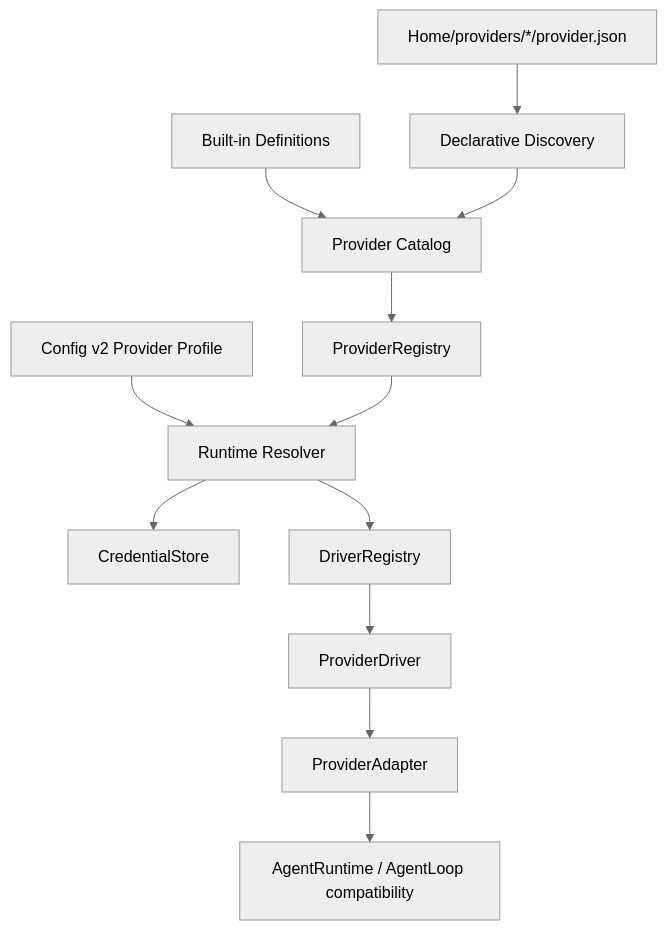
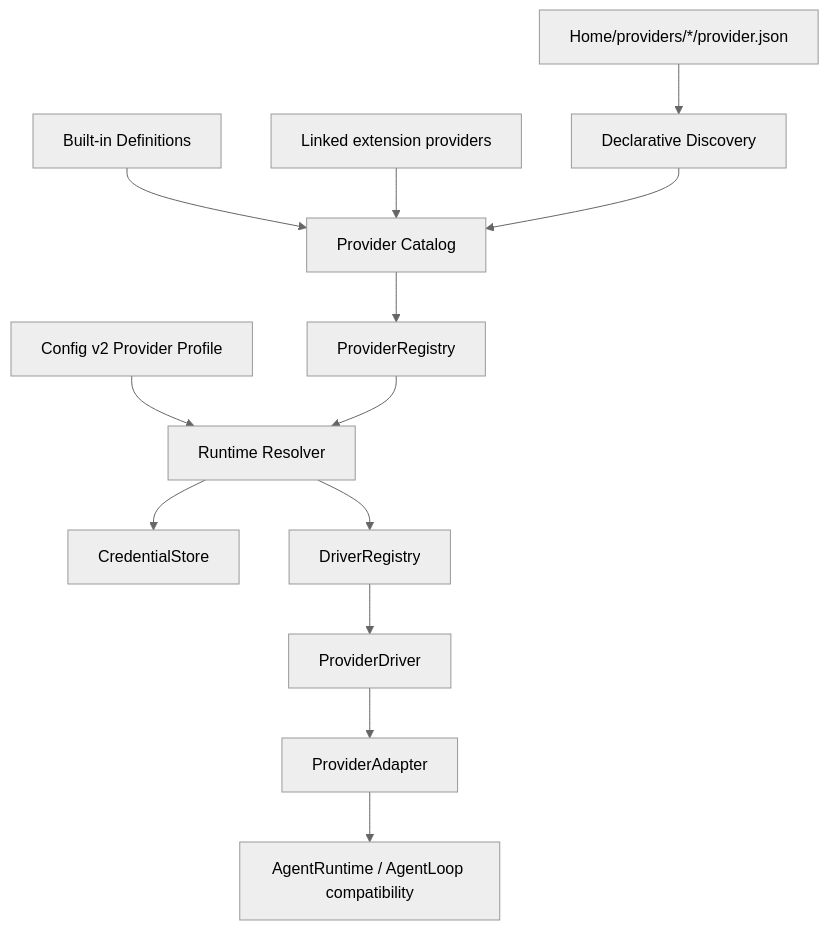
Before and after one commit to TheAsrada/ChiselCode: the diagram in docs/architecture/providers.md, drawn with Mermaid (neutral theme). The commit also changed other lines of this file and 77 other files, not shown here.

````diff
--- a/docs/architecture/providers.md
+++ b/docs/architecture/providers.md
@@ -9,14 +9,15 @@
 ```mermaid
 flowchart TD
   Builtins[Built-in Definitions] --> Catalog[Provider Catalog]
+  Extensions[Linked extension providers] --> Catalog
   Manifests[Home/providers/*/provider.json] --> Discovery[Declarative Discovery]
   Discovery --> Catalog
   Catalog --> Registry[ProviderRegistry]
   Profile[Config v2 Provider Profile] --> Resolver[Runtime Resolver]
   Registry --> Resolver
   Resolver --> Credentials[CredentialStore]
   Resolver --> Drivers[DriverRegistry]
   Drivers --> Driver[ProviderDriver]
   Driver --> Adapter[ProviderAdapter]
   Adapter --> Runtime[AgentRuntime / AgentLoop compatibility]
 ```
````
